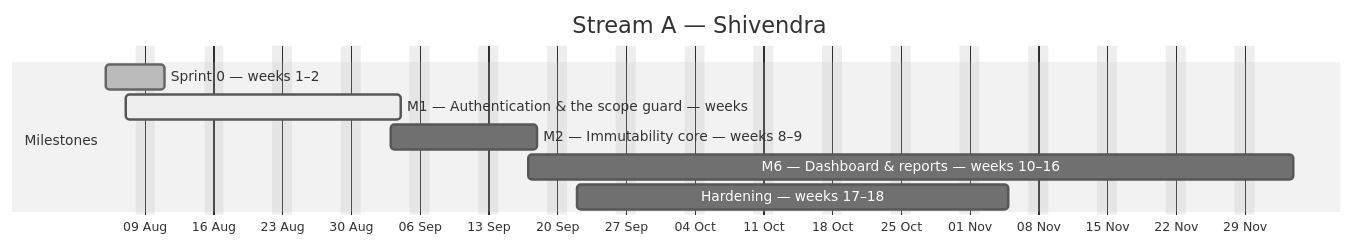
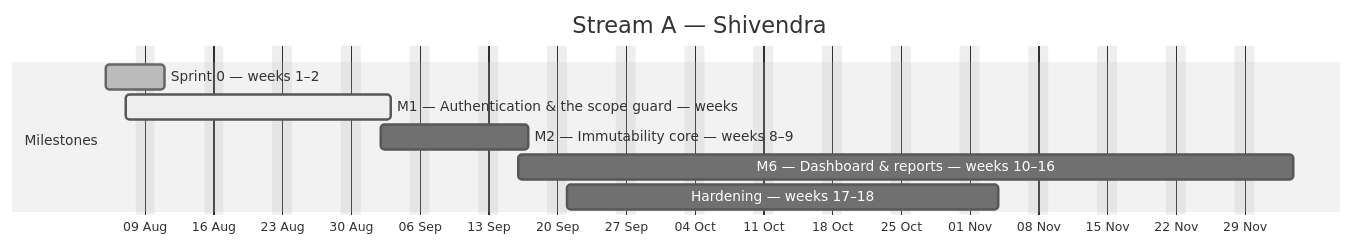
The first of 4 diagrams in docs/plan/GANTT.md (debashisedunext/EduTrack), drawn with Mermaid (neutral theme) before and after one commit. The commit also changed other lines of this file and 2 other files, not shown here.

````diff
--- a/docs/plan/GANTT.md
+++ b/docs/plan/GANTT.md
@@ -127,13 +127,13 @@
 ```mermaid
 gantt
     dateFormat YYYY-MM-DD
     axisFormat %d %b
     title Stream A — Shivendra
     excludes weekends
     section Milestones
     Sprint 0 — weeks 1–2 :done, a0, 2026-08-05, 4d
-    M1 — Authentication & the scope guard — weeks :active, a1, 2026-08-07, 20d
-    M2 — Immutability core — weeks 8–9 :a2, 2026-09-03, 11d
-    M6 — Dashboard & reports — weeks 10–16 :a3, 2026-09-17, 56d
-    Hardening — weeks 17–18 :a4, 2026-09-22, 32d
+    M1 — Authentication & the scope guard — weeks :active, a1, 2026-08-07, 19d
+    M2 — Immutability core — weeks 8–9 :a2, 2026-09-02, 11d
+    M6 — Dashboard & reports — weeks 10–16 :a3, 2026-09-16, 57d
+    Hardening — weeks 17–18 :a4, 2026-09-21, 32d
 ```
````
